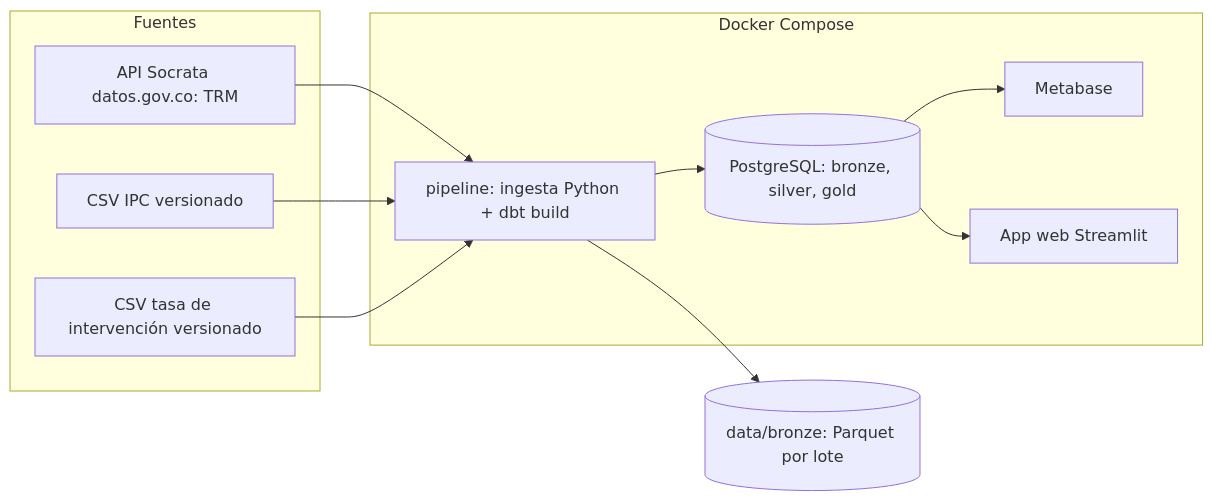
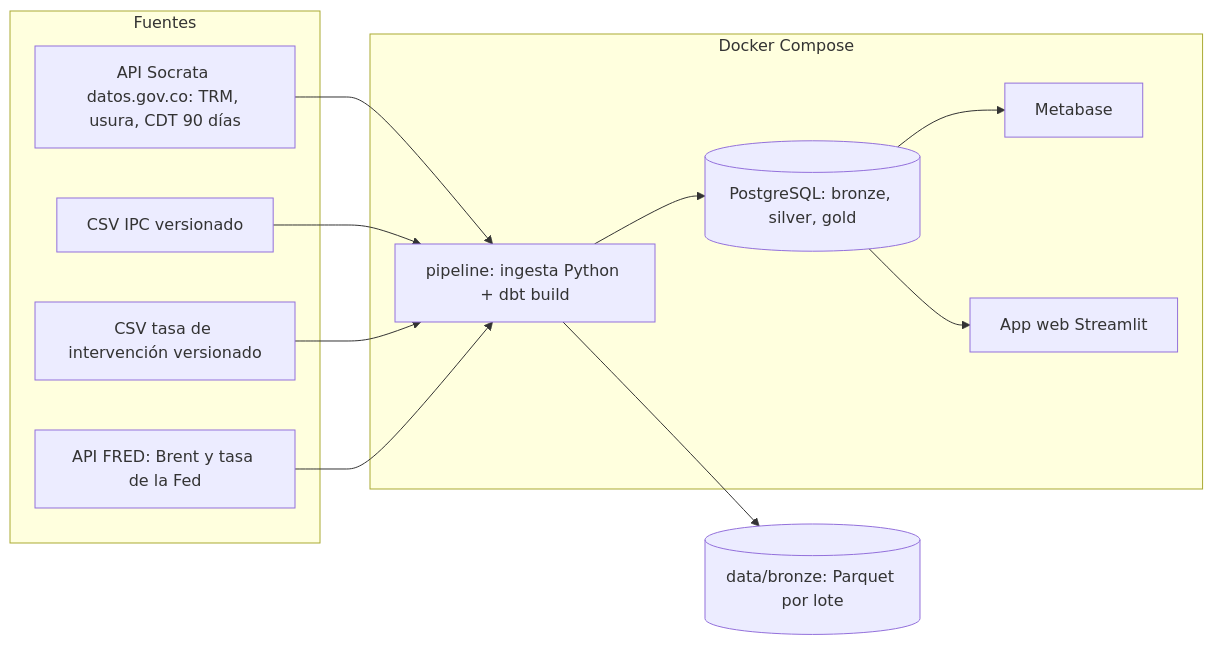
Before and after one commit to DavidRestrepo66/finco_datalake_david: the first of 3 diagrams in docs/diseno/arquitectura.md, drawn with Mermaid. The commit also changed other lines of this file and 10 other files, not shown here.

````diff
--- a/docs/diseno/arquitectura.md
+++ b/docs/diseno/arquitectura.md
@@ -5,22 +5,24 @@
 ```mermaid
 flowchart LR
     subgraph Fuentes
-        S1[API Socrata datos.gov.co: TRM]
+        S1[API Socrata datos.gov.co: TRM, usura, CDT 90 días]
+        S4[API FRED: Brent y tasa de la Fed]
         S2[CSV IPC versionado]
         S3[CSV tasa de intervención versionado]
     end
     subgraph Docker Compose
         PIPE[pipeline: ingesta Python + dbt build]
         PG[(PostgreSQL: bronze, silver, gold)]
         MB[Metabase]
         APP[App web Streamlit]
     end
     LAKE[(data/bronze: Parquet por lote)]
     S1 --> PIPE
     S2 --> PIPE
     S3 --> PIPE
+    S4 --> PIPE
     PIPE --> LAKE
     PIPE --> PG
     PG --> MB
     PG --> APP
 ```
````
